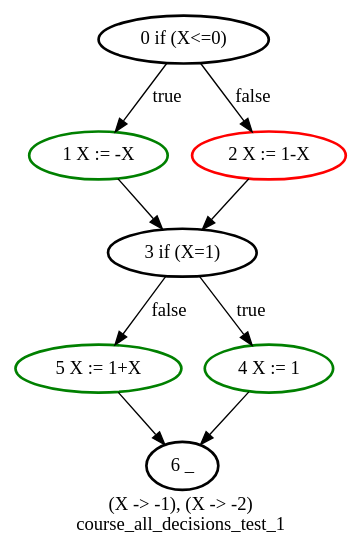
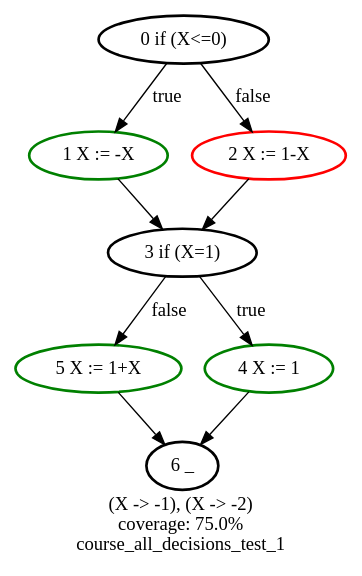
The diagram in graphs/course_all_decisions_test_1.dot (ghigi123/ivf), drawn with Graphviz before and after one commit. The commit also changed 23 other files, not shown here.

```diff
--- a/graphs/course_all_decisions_test_1.dot
+++ b/graphs/course_all_decisions_test_1.dot
@@ -1,19 +1,20 @@
 digraph course_all_decisions_test_1 {
 	label = "(X -> -1), (X -> -2)
+coverage: 75.0%
 course_all_decisions_test_1"
 	"5 X := 1+X" [color = green, style = bold]
 	"1 X := -X" -> "3 if (X=1)"
 	"2 X := 1-X" -> "3 if (X=1)"
 	"4 X := 1" -> "6 _"
 	"1 X := -X" [color = green, style = bold]
 	"4 X := 1" [color = green, style = bold]
 	"2 X := 1-X" [color = red, style = bold]
 	"3 if (X=1)" [style = bold]
 	"6 _" [style = bold]
 	"3 if (X=1)" -> "5 X := 1+X" [label = false]
 	"0 if (X<=0)" -> "1 X := -X" [label = true]
 	"5 X := 1+X" -> "6 _"
 	"0 if (X<=0)" [style = bold]
 	"0 if (X<=0)" -> "2 X := 1-X" [label = false]
 	"3 if (X=1)" -> "4 X := 1" [label = true]
 }
```
